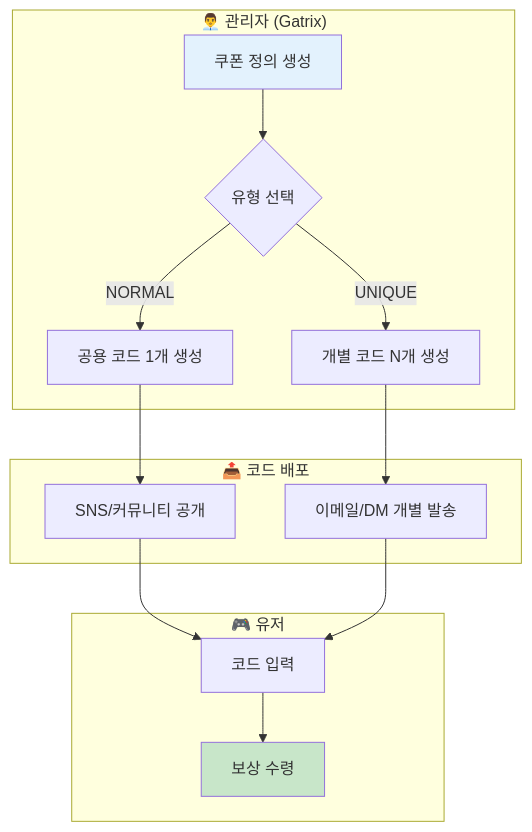
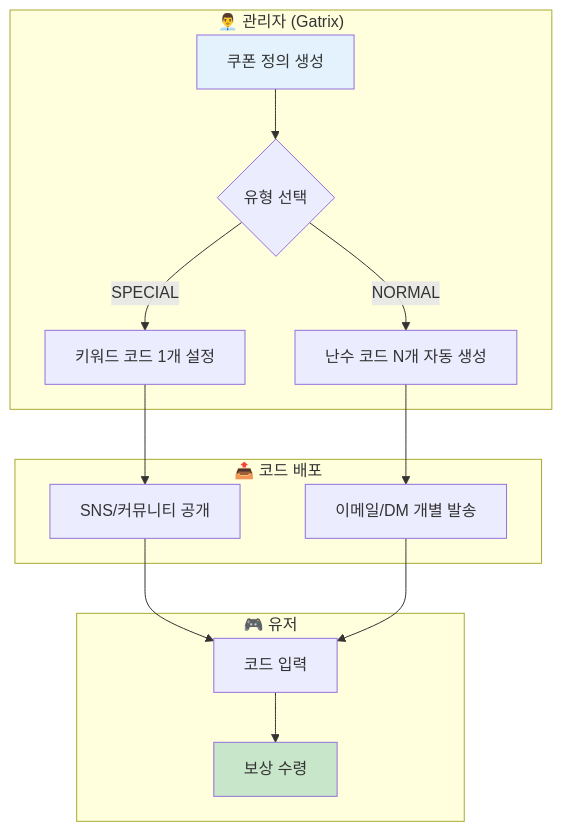
One commit to maxidea1024/gatrix changed the third of 5 diagrams in manual/ko/09-coupons.md. Above: the diagram before and after it, drawn with Mermaid. The commit also changed other lines of this file and 30 other files, not shown here.

````diff
--- a/manual/ko/09-coupons.md
+++ b/manual/ko/09-coupons.md
@@ -113,22 +127,22 @@
 ```mermaid
 flowchart TD
     subgraph 관리자["👨‍💼 관리자 (Gatrix)"]
         A[쿠폰 정의 생성] --> B{유형 선택}
-        B -->|NORMAL| C[공용 코드 1개 생성]
-        B -->|UNIQUE| D[개별 코드 N개 생성]
+        B -->|SPECIAL| C[키워드 코드 1개 설정]
+        B -->|NORMAL| D[난수 코드 N개 자동 생성]
     end
     
     subgraph 배포["📤 코드 배포"]
         C --> E[SNS/커뮤니티 공개]
         D --> F[이메일/DM 개별 발송]
     end
     
     subgraph 사용자["🎮 유저"]
         E --> G[코드 입력]
         F --> G
         G --> H[보상 수령]
     end
     
     style A fill:#e3f2fd
     style H fill:#c8e6c9
 ```
````
